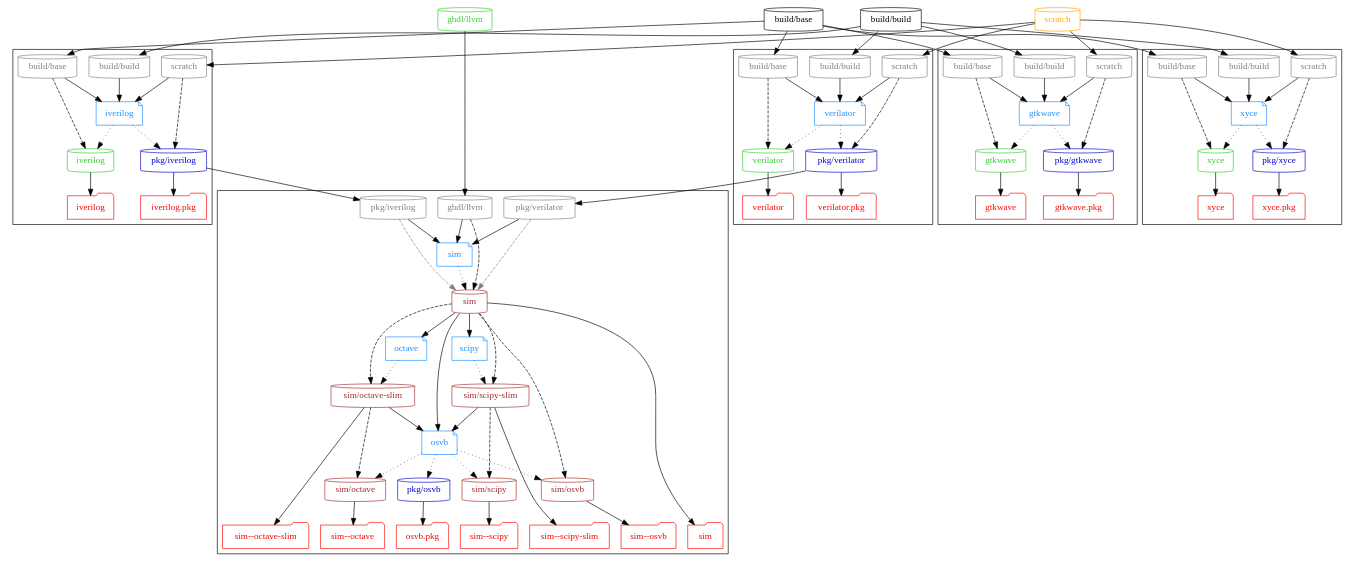
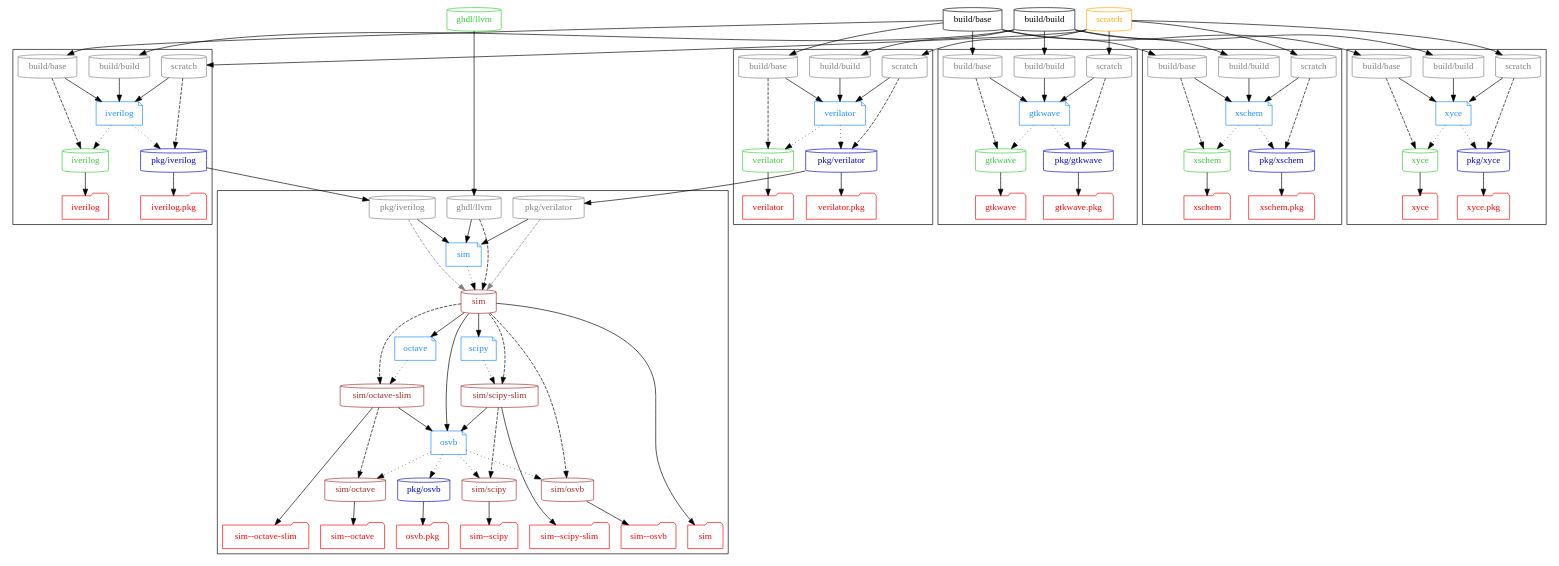
The diagram in doc/graph/sim.dot (hdl/containers), drawn with Graphviz before and after one commit. The commit also changed 10 other files, not shown here.

```diff
--- a/doc/graph/sim.dot
+++ b/doc/graph/sim.dot
@@ -32,6 +32,7 @@
     d_octave    [label="octave"];
     d_scipy     [label="scipy"];
     d_osvb      [label="osvb"];
+    d_xschem    [label="xschem"];
     d_xyce      [label="xyce"];
   }
 
@@ -45,6 +46,7 @@
       "verilator"
       "ghdl/llvm"
       "gtkwave"
+      "xschem"
       "xyce"
     }
     { node [color=mediumblue, fontcolor=mediumblue]
@@ -52,6 +54,7 @@
       "pkg/iverilog"
       "pkg/verilator"
       "pkg/osvb"
+      "pkg/xschem"
       "pkg/xyce"
     }
     { node [color=brown, fontcolor=brown]
@@ -196,6 +199,29 @@
     "sim/octave" -> "t_sim/octave";
   }
 
+  subgraph cluster_xschem {
+    { rank=same
+      node [shape=cylinder, color=grey, fontcolor=grey]
+      "p_xschem_build/build" [label="build/build"]
+      "p_xschem_build/base" [label="build/base"]
+      "p_xschem_scratch" [label="scratch"]
+    }
+
+    d_xschem -> {
+      "xschem"
+      "pkg/xschem"
+    } [style=dotted];
+
+    {
+      node [shape=folder, color=red, fontcolor=red]
+      "t_xschem" [label="xschem"];
+      "t_pkg/xschem" [label="xschem.pkg"];
+    }
+
+    "xschem" -> "t_xschem";
+    "pkg/xschem" -> "t_pkg/xschem";
+  }
+
   subgraph cluster_xyce {
     { rank=same
       node [shape=cylinder, color=grey, fontcolor=grey]
@@ -233,6 +259,10 @@
   "build/base" -> "p_verilator_build/base" -> d_verilator;
   "scratch" -> "p_verilator_scratch" -> d_verilator;
 
+  "build/build" -> "p_xschem_build/build" -> d_xschem;
+  "build/base" -> "p_xschem_build/base" -> d_xschem;
+  "scratch" -> "p_xschem_scratch" -> d_xschem;
+
   "build/build" -> "p_xyce_build/build" -> d_xyce;
   "build/base" -> "p_xyce_build/base" -> d_xyce;
   "scratch" -> "p_xyce_scratch" -> d_xyce;
@@ -253,6 +283,9 @@
     "p_verilator_build/base" -> "verilator";
     "p_verilator_scratch" -> "pkg/verilator";
 
+    "p_xschem_build/base" -> "xschem";
+    "p_xschem_scratch" -> "pkg/xschem";
+
     "p_xyce_build/base" -> "xyce";
     "p_xyce_scratch" -> "pkg/xyce";
 
```
